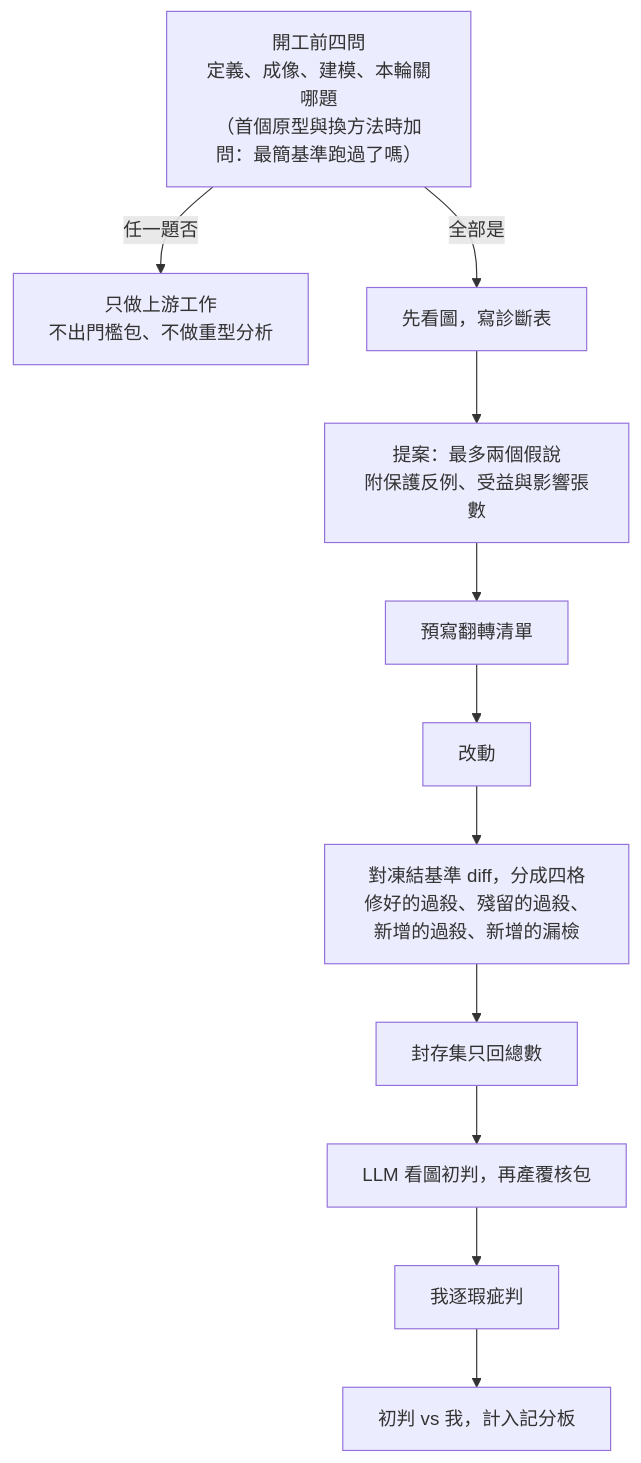
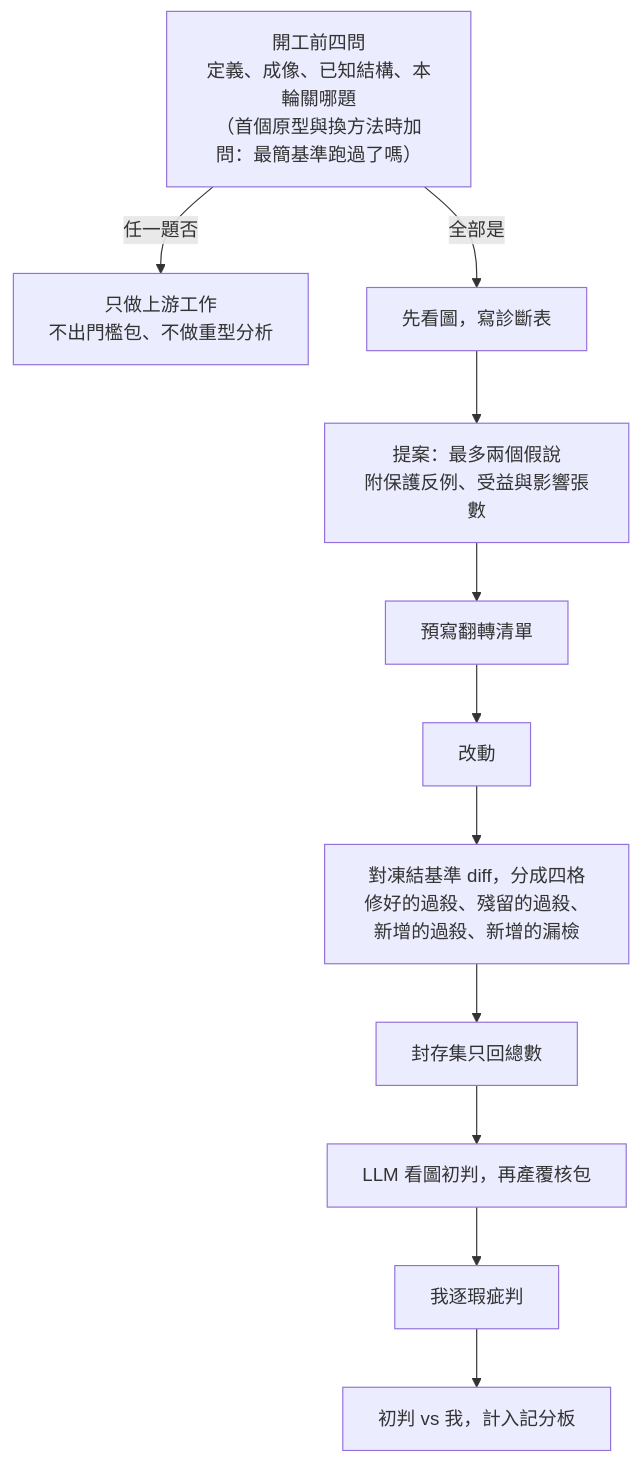
Before and after one commit to dtgfdgfgf/BIO: the diagram in growth/02_from_writing_code_to_converging.md, drawn with Mermaid. The commit also changed 19 other files, not shown here.

````diff
--- a/growth/02_from_writing_code_to_converging.md
+++ b/growth/02_from_writing_code_to_converging.md
@@ -76,13 +76,13 @@
 ```mermaid
 flowchart TD
-  A["開工前四問<br/>定義、成像、建模、本輪關哪題<br/>（首個原型與換方法時加問：最簡基準跑過了嗎）"] -->|任一題否| U["只做上游工作<br/>不出門檻包、不做重型分析"]
+  A["開工前四問<br/>定義、成像、已知結構、本輪關哪題<br/>（首個原型與換方法時加問：最簡基準跑過了嗎）"] -->|任一題否| U["只做上游工作<br/>不出門檻包、不做重型分析"]
   A -->|全部是| B["先看圖，寫診斷表"]
   B --> C["提案：最多兩個假說<br/>附保護反例、受益與影響張數"]
   C --> D["預寫翻轉清單"]
   D --> E["改動"]
   E --> F["對凍結基準 diff，分成四格<br/>修好的過殺、殘留的過殺、新增的過殺、新增的漏檢"]
   F --> G["封存集只回總數"]
   G --> H["LLM 看圖初判，再產覆核包"]
   H --> I["我逐瑕疵判"]
   I --> J["初判 vs 我，計入記分板"]
 ```
````
